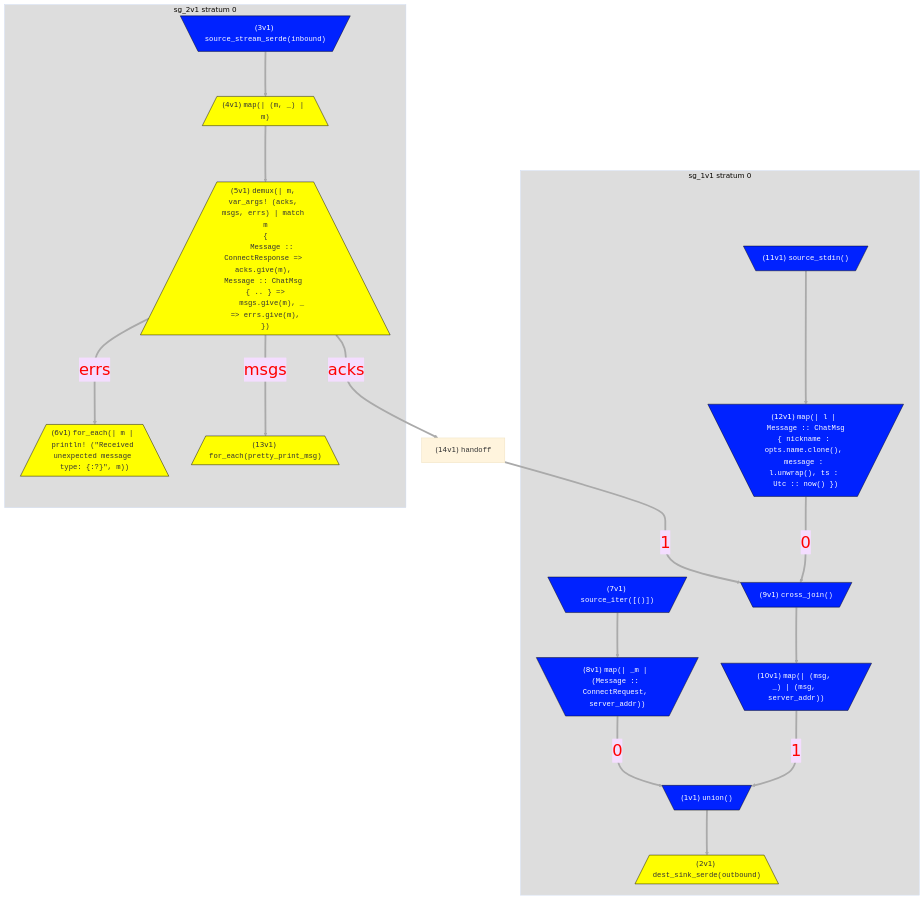
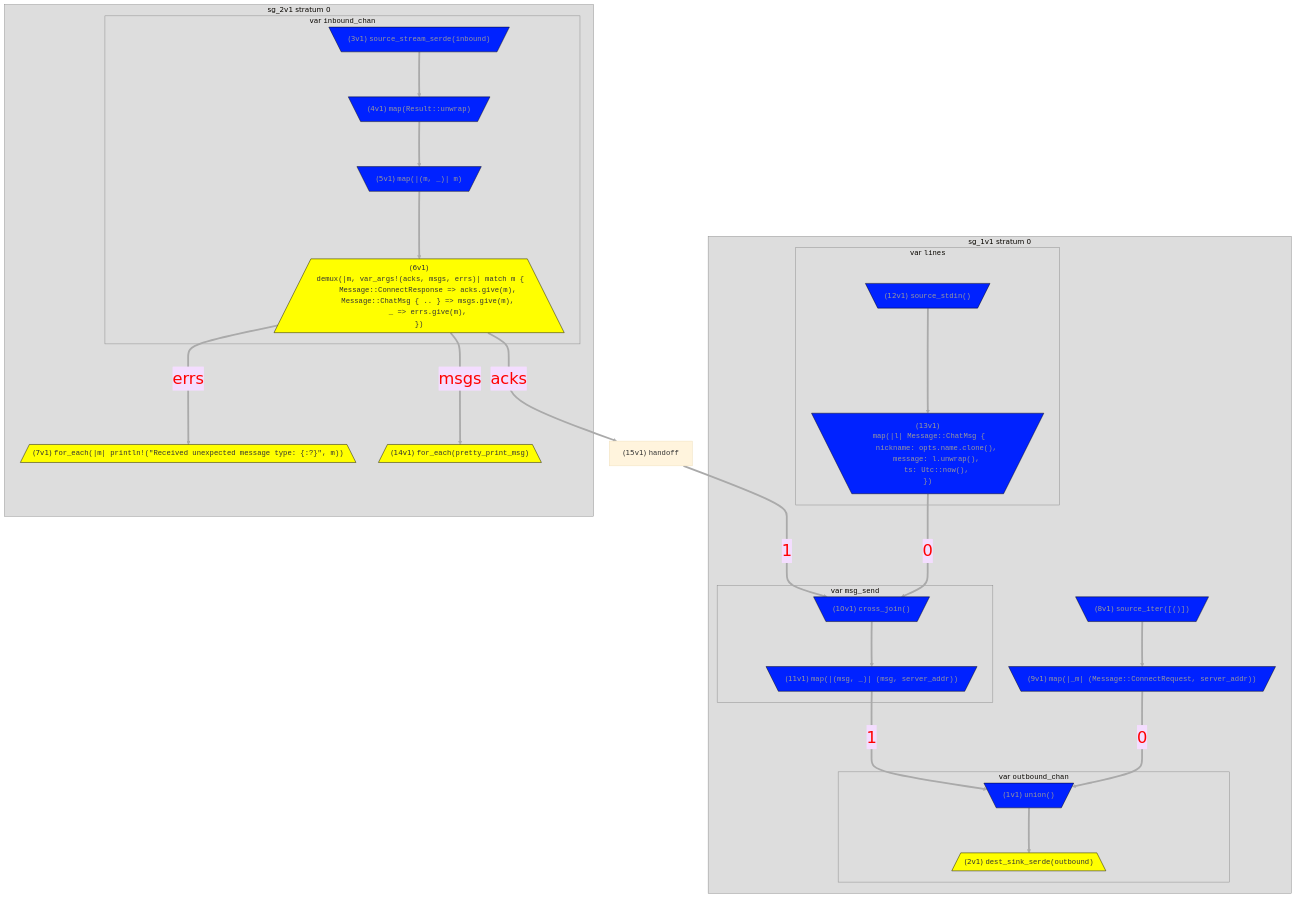
Before and after one commit to nickjiang2378/hydroflow: the second of 2 diagrams in docs/docs/hydroflow/quickstart/example_8_chat_server.md, drawn with Mermaid. The commit also changed other lines of this file and 8 other files, not shown here.

````diff
--- a/docs/docs/hydroflow/quickstart/example_8_chat_server.md
+++ b/docs/docs/hydroflow/quickstart/example_8_chat_server.md
@@ -362,38 +391,58 @@
 ```mermaid
-%%{init: {'theme': 'base', 'themeVariables': {'clusterBkg':'#ddd'}}}%%
+%%{init:{'theme':'base','themeVariables':{'clusterBkg':'#ddd','clusterBorder':'#888'}}}%%
 flowchart TD
-classDef pullClass fill:#02f,color:#fff,stroke:#000
-classDef pushClass fill:#ff0,stroke:#000
+classDef pullClass fill:#02f,color:#999,stroke:#000,text-align:left,white-space:pre
+classDef pushClass fill:#ff0,stroke:#000,text-align:left,white-space:pre
 linkStyle default stroke:#aaa,stroke-width:4px,color:red,font-size:1.5em;
-subgraph "sg_1v1 stratum 0"
-    7v1[\"(7v1) <tt>source_iter([()])</tt>"/]:::pullClass
-    8v1[\"(8v1) <tt>map(| _m | (Message :: ConnectRequest, server_addr))</tt>"/]:::pullClass
-    11v1[\"(11v1) <tt>source_stdin()</tt>"/]:::pullClass
-    12v1[\"(12v1) <tt>map(| l | Message :: ChatMsg<br>{ nickname : opts.name.clone(), message : l.unwrap(), ts : Utc :: now() })</tt>"/]:::pullClass
-    9v1[\"(9v1) <tt>cross_join()</tt>"/]:::pullClass
-    10v1[\"(10v1) <tt>map(| (msg, _) | (msg, server_addr))</tt>"/]:::pullClass
-    1v1[\"(1v1) <tt>union()</tt>"/]:::pullClass
-    2v1[/"(2v1) <tt>dest_sink_serde(outbound)</tt>"\]:::pushClass
-    7v1--->8v1
-    8v1--0--->1v1
-    11v1--->12v1
-    12v1--0--->9v1
-    9v1--->10v1
-    10v1--1--->1v1
+subgraph sg_1v1 ["sg_1v1 stratum 0"]
+    8v1[\"(8v1) <code>source_iter([()])</code>"/]:::pullClass
+    9v1[\"(9v1) <code>map(|_m| (Message::ConnectRequest, server_addr))</code>"/]:::pullClass
+    12v1[\"(12v1) <code>source_stdin()</code>"/]:::pullClass
+    13v1[\"<div style=text-align:center>(13v1)</div> <code>map(|l| Message::ChatMsg {<br>    nickname: opts.name.clone(),<br>    message: l.unwrap(),<br>    ts: Utc::now(),<br>})</code>"/]:::pullClass
+    10v1[\"(10v1) <code>cross_join()</code>"/]:::pullClass
+    11v1[\"(11v1) <code>map(|(msg, _)| (msg, server_addr))</code>"/]:::pullClass
+    1v1[\"(1v1) <code>union()</code>"/]:::pullClass
+    2v1[/"(2v1) <code>dest_sink_serde(outbound)</code>"\]:::pushClass
+    8v1--->9v1
+    9v1--0--->1v1
+    12v1--->13v1
+    13v1--0--->10v1
+    10v1--->11v1
+    11v1--1--->1v1
     1v1--->2v1
+    subgraph sg_1v1_var_lines ["var <tt>lines</tt>"]
+        12v1
+        13v1
+    end
+    subgraph sg_1v1_var_msg_send ["var <tt>msg_send</tt>"]
+        10v1
+        11v1
+    end
+    subgraph sg_1v1_var_outbound_chan ["var <tt>outbound_chan</tt>"]
+        1v1
+        2v1
+    end
 end
-subgraph "sg_2v1 stratum 0"
-    3v1[\"(3v1) <tt>source_stream_serde(inbound)</tt>"/]:::pullClass
-    4v1[/"(4v1) <tt>map(| (m, _) | m)</tt>"\]:::pushClass
-    5v1[/"(5v1) <tt>demux(| m, var_args! (acks, msgs, errs) | match m<br>{<br>    Message :: ConnectResponse =&gt; acks.give(m), Message :: ChatMsg { .. } =&gt;<br>    msgs.give(m), _ =&gt; errs.give(m),<br>})</tt>"\]:::pushClass
-    6v1[/"(6v1) <tt>for_each(| m | println! (&quot;Received unexpected message type: {:?}&quot;, m))</tt>"\]:::pushClass
-    13v1[/"(13v1) <tt>for_each(pretty_print_msg)</tt>"\]:::pushClass
+subgraph sg_2v1 ["sg_2v1 stratum 0"]
+    3v1[\"(3v1) <code>source_stream_serde(inbound)</code>"/]:::pullClass
+    4v1[\"(4v1) <code>map(Result::unwrap)</code>"/]:::pullClass
+    5v1[\"(5v1) <code>map(|(m, _)| m)</code>"/]:::pullClass
+    6v1[/"<div style=text-align:center>(6v1)</div> <code>demux(|m, var_args!(acks, msgs, errs)| match m {<br>    Message::ConnectResponse =&gt; acks.give(m),<br>    Message::ChatMsg { .. } =&gt; msgs.give(m),<br>    _ =&gt; errs.give(m),<br>})</code>"\]:::pushClass
+    7v1[/"(7v1) <code>for_each(|m| println!(&quot;Received unexpected message type: {:?}&quot;, m))</code>"\]:::pushClass
+    14v1[/"(14v1) <code>for_each(pretty_print_msg)</code>"\]:::pushClass
     3v1--->4v1
     4v1--->5v1
-    5v1--errs--->6v1
-    5v1--msgs--->13v1
+    5v1--->6v1
+    6v1--errs--->7v1
+    6v1--msgs--->14v1
+    subgraph sg_2v1_var_inbound_chan ["var <tt>inbound_chan</tt>"]
+        3v1
+        4v1
+        5v1
+        6v1
+    end
 end
-5v1--acks--->14v1
-14v1["(14v1) <tt>handoff</tt>"]:::otherClass
-14v1--1--->9v1
+6v1--acks--->15v1
+15v1["(15v1) <code>handoff</code>"]:::otherClass
+15v1--1--->10v1
 ```
````
